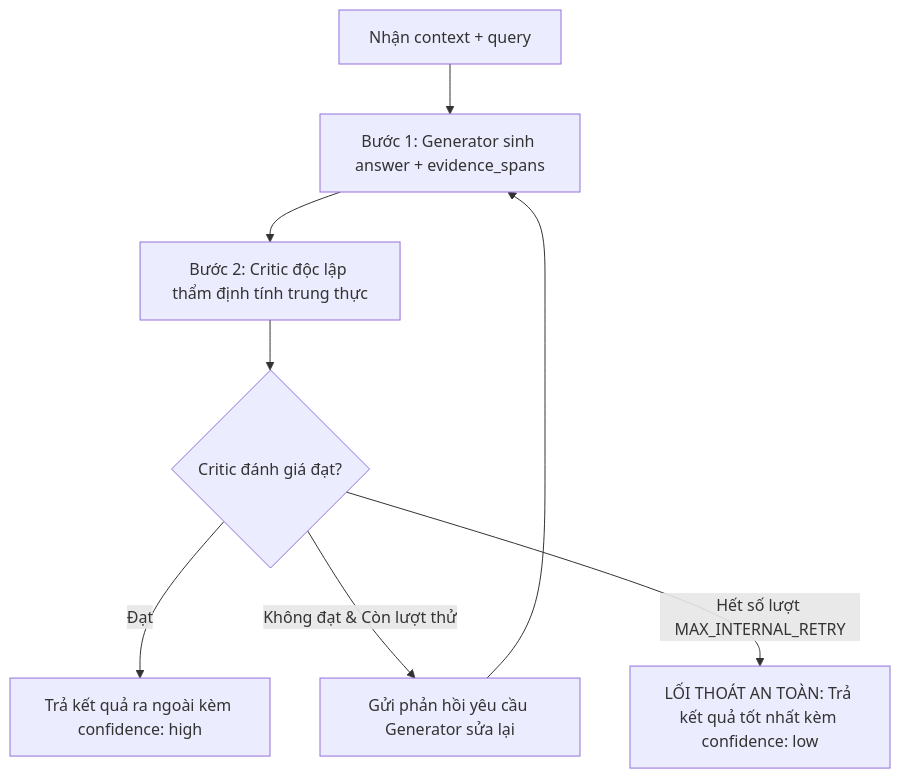
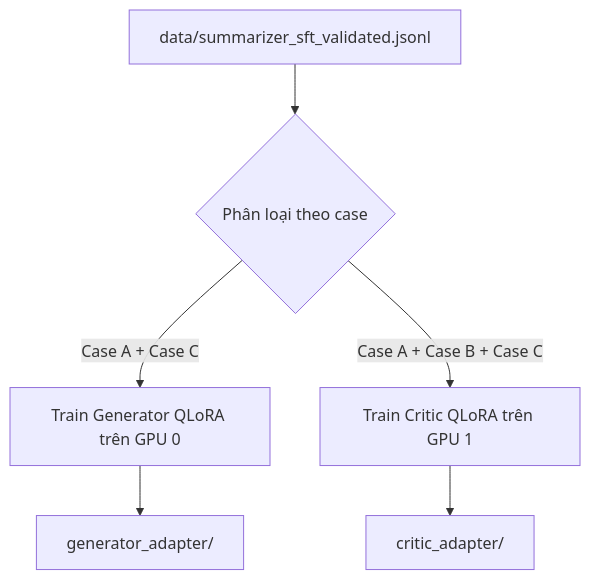
The diagram in agents/agent3_summarizer/README.md (ducmanh-jr/Multi-Agent_RAG), drawn with Mermaid before and after one commit. The commit also changed other lines of this file and 4 other files, not shown here.

````diff
--- a/agents/agent3_summarizer/README.md
+++ b/agents/agent3_summarizer/README.md
@@ -76,9 +71,8 @@
 ```mermaid
 flowchart TD
-    A[Nhận context + query] --> B[Bước 1: Generator sinh answer + evidence_spans]
-    B --> C[Bước 2: Critic độc lập thẩm định tính trung thực]
-    C --> D{Critic đánh giá đạt?}
-    D -- Đạt --> E[Trả kết quả ra ngoài kèm confidence: high]
-    D -- Không đạt & Còn lượt thử --> F[Gửi phản hồi yêu cầu Generator sửa lại] --> B
-    D -- Hết số lượt MAX_INTERNAL_RETRY --> G[LỐI THOÁT AN TOÀN: Trả kết quả tốt nhất kèm confidence: low]
+    A[data/summarizer_sft_validated.jsonl] --> B{Phân loại theo case}
+    B -- Case A + Case C --> C[Train Generator QLoRA trên GPU 0]
+    B -- Case A + Case B + Case C --> D[Train Critic QLoRA trên GPU 1]
+    C --> E[generator_adapter/]
+    D --> F[critic_adapter/]
 ```
````
